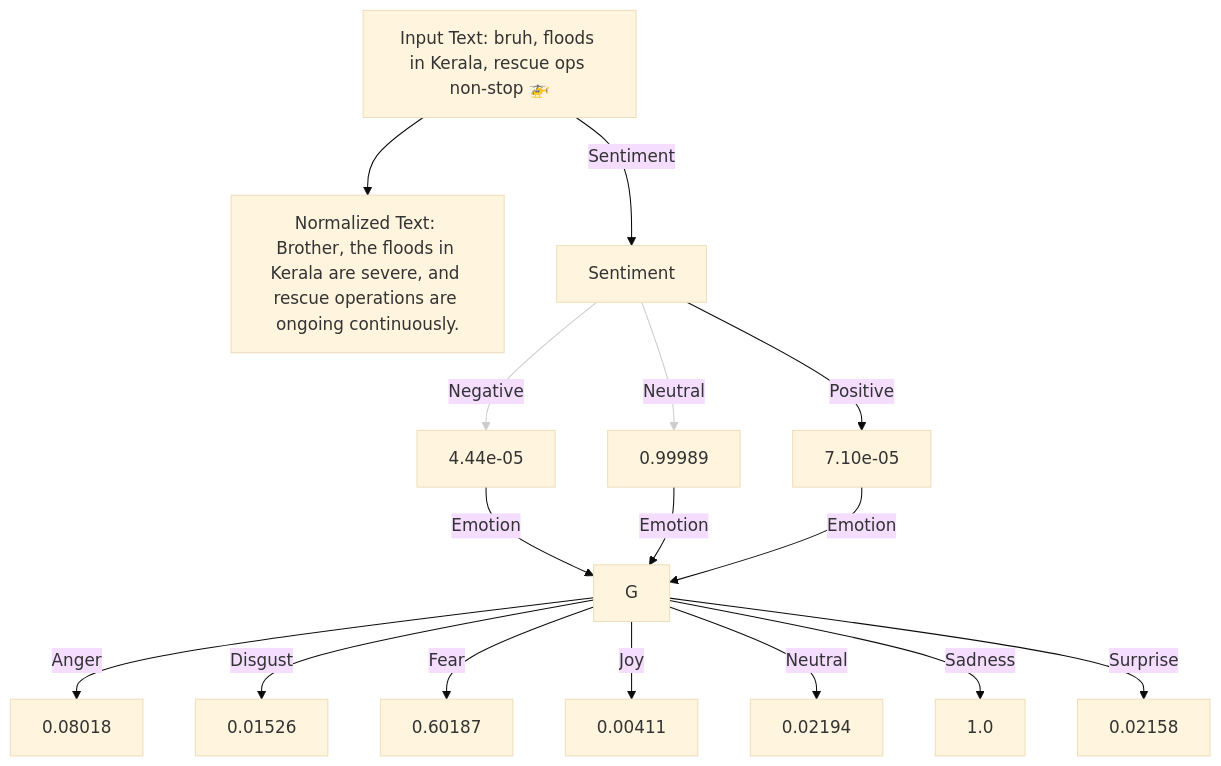
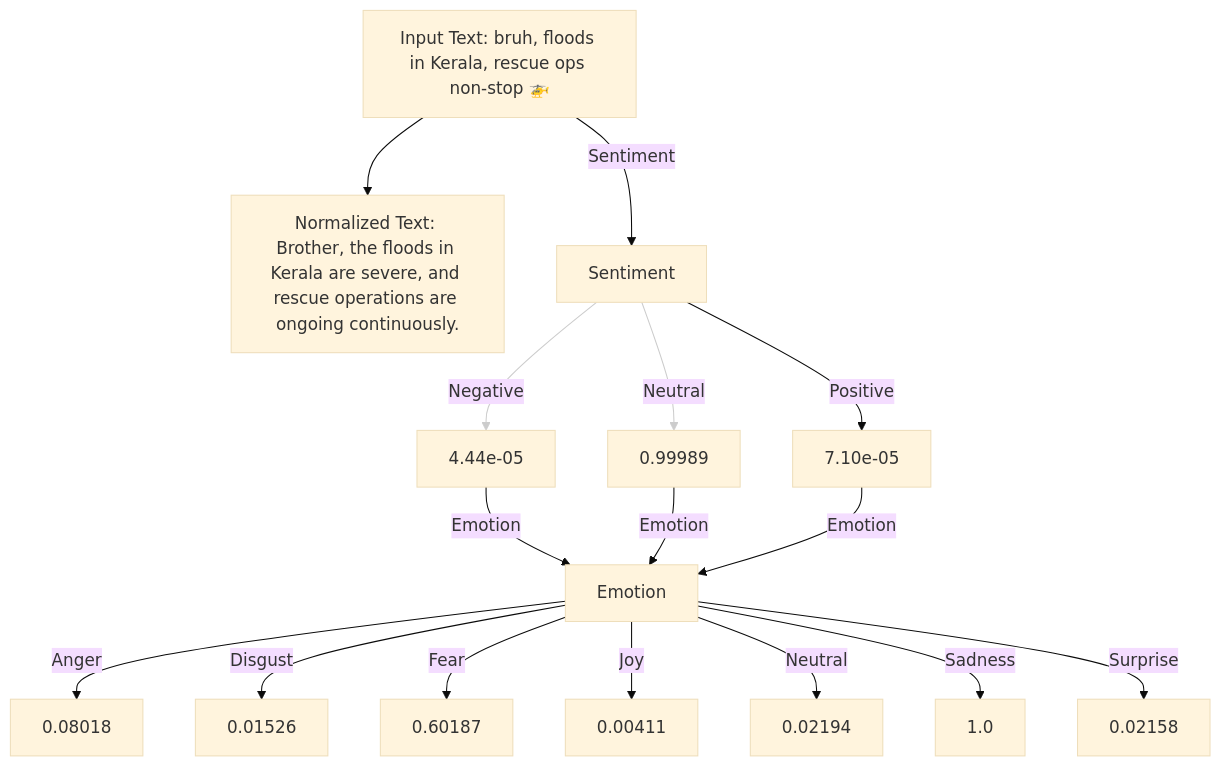
The third of 3 diagrams in README.md (ArchismanKarmakar/Tachygraphy-Microtext-Analysis-And-Normalization), drawn with Mermaid (base theme) before and after one commit. The commit also changed other lines of this file, not shown here.

````diff
--- a/README.md
+++ b/README.md
@@ -142,36 +146,36 @@
 ```mermaid
 graph TD;
     %% Input and normalized text nodes
     A["Input Text: bruh, floods in Kerala, rescue ops non‑stop 🚁"]
     B["Normalized Text: Brother, the floods in Kerala are severe, and rescue operations are ongoing continuously."]
     C["Sentiment"]
 
     A --> B
     A -->|Sentiment| C
 
     %% Sentiment value nodes
     C -->|Negative| D["4.44e-05"]
     C -->|Neutral| E["0.99989"]
     C -->|Positive| F["7.10e-05"]
 
     %% Converge sentiment nodes to Emotion stage
     D -->|Emotion| G
     E -->|Emotion| G
     F -->|Emotion| G
 
-    G
+    G["Emotion"]
 
     %% Emotion nodes: arrow labels show emotion category; node boxes show numeric values.
     G -->|Anger| H["0.08018"]
     G -->|Disgust| I["0.01526"]
     G -->|Fear| J["0.60187"]
     G -->|Joy| K["0.00411"]
     G -->|Neutral| L["0.02194"]
     G -->|Sadness| M["1.0"]
     G -->|Surprise| N["0.02158"]
 
 %% Style the Neutral and Positive sentiment arrows with a lighter stroke.
 linkStyle 2 stroke:#cccccc, stroke-width:1px;
 linkStyle 3 stroke:#cccccc, stroke-width:1px;
 
 ```
````
